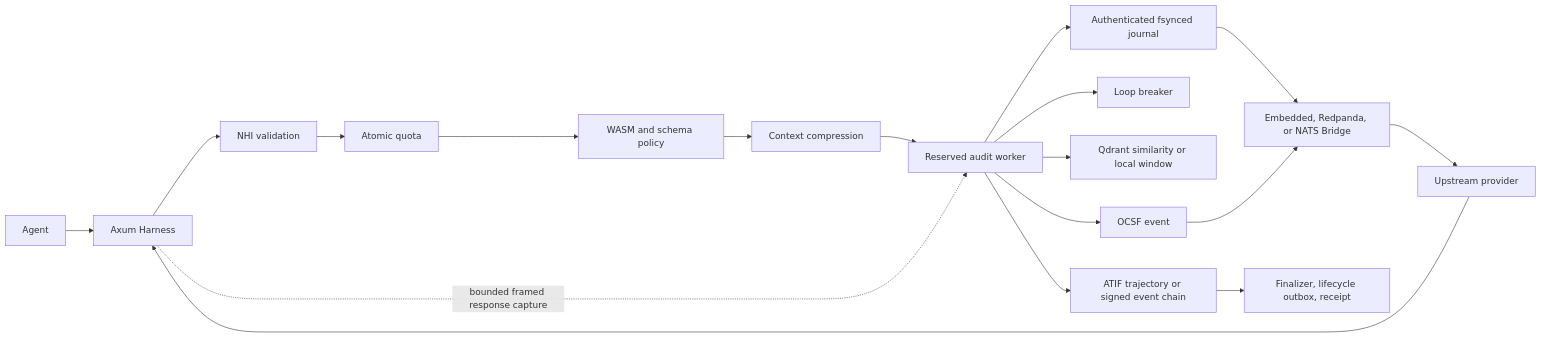
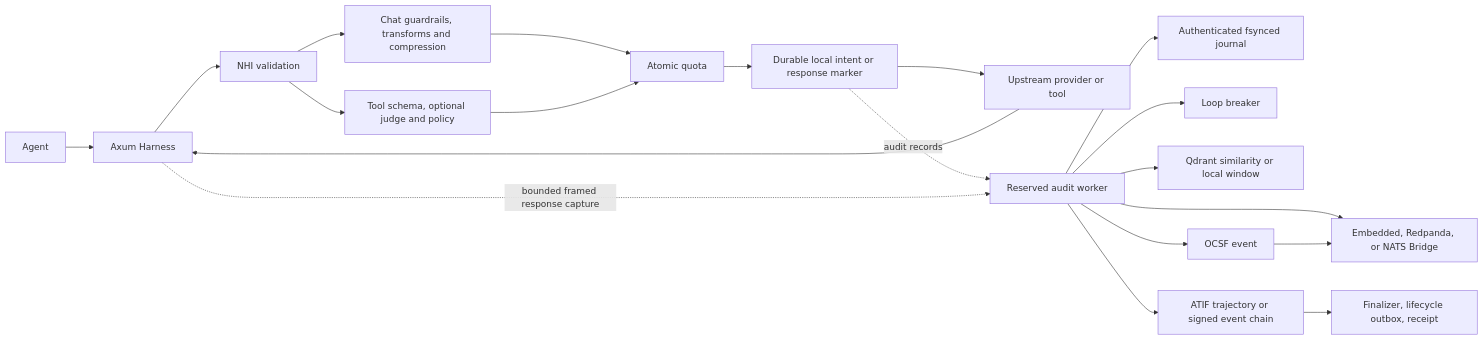
One commit to ProofVisorAI/proofvisor changed the diagram in ARCHITECTURE.md. Above: the diagram before and after it, drawn with Mermaid. The commit also changed other lines of this file and 32 other files, not shown here.

````diff
--- a/ARCHITECTURE.md
+++ b/ARCHITECTURE.md
@@ -5,20 +5,22 @@
 ```mermaid
 flowchart LR
     A[Agent] --> H[Axum Harness]
     H --> I[NHI validation]
-    I --> Q[Atomic quota]
-    Q --> P[WASM and schema policy]
-    P --> C[Context compression]
-    C --> W[Reserved audit worker]
+    I --> C[Chat guardrails, transforms and compression]
+    I --> P[Tool schema, optional judge and policy]
+    C --> Q[Atomic quota]
+    P --> Q
+    Q --> D[Durable local intent or response marker]
+    D --> U[Upstream provider or tool]
+    D -. audit records .-> W[Reserved audit worker]
     W --> J[Authenticated fsynced journal]
-    J --> B[Embedded, Redpanda, or NATS Bridge]
-    B --> U[Upstream provider]
+    W --> B[Embedded, Redpanda, or NATS Bridge]
     U --> H
     H -. bounded framed response capture .-> W
     W --> L[Loop breaker]
     W --> V[Qdrant similarity or local window]
     W --> E[OCSF event]
     E --> B
     W --> T[ATIF trajectory or signed event chain]
     T --> R[Finalizer, lifecycle outbox, receipt]
 ```
````
